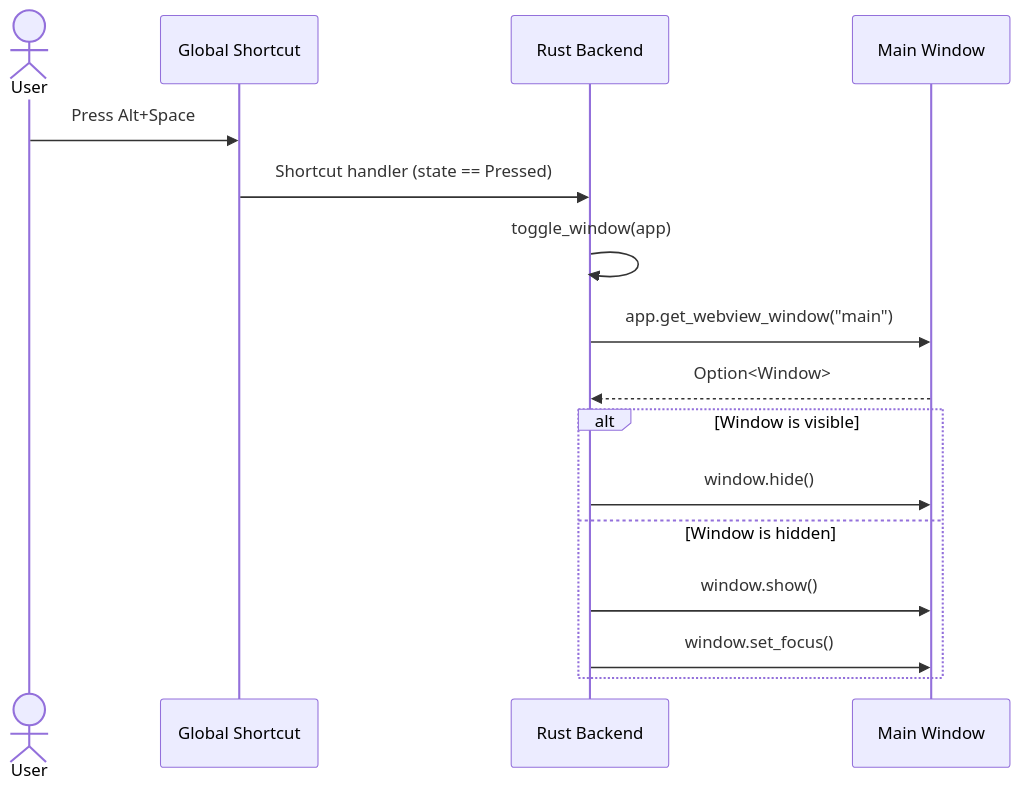
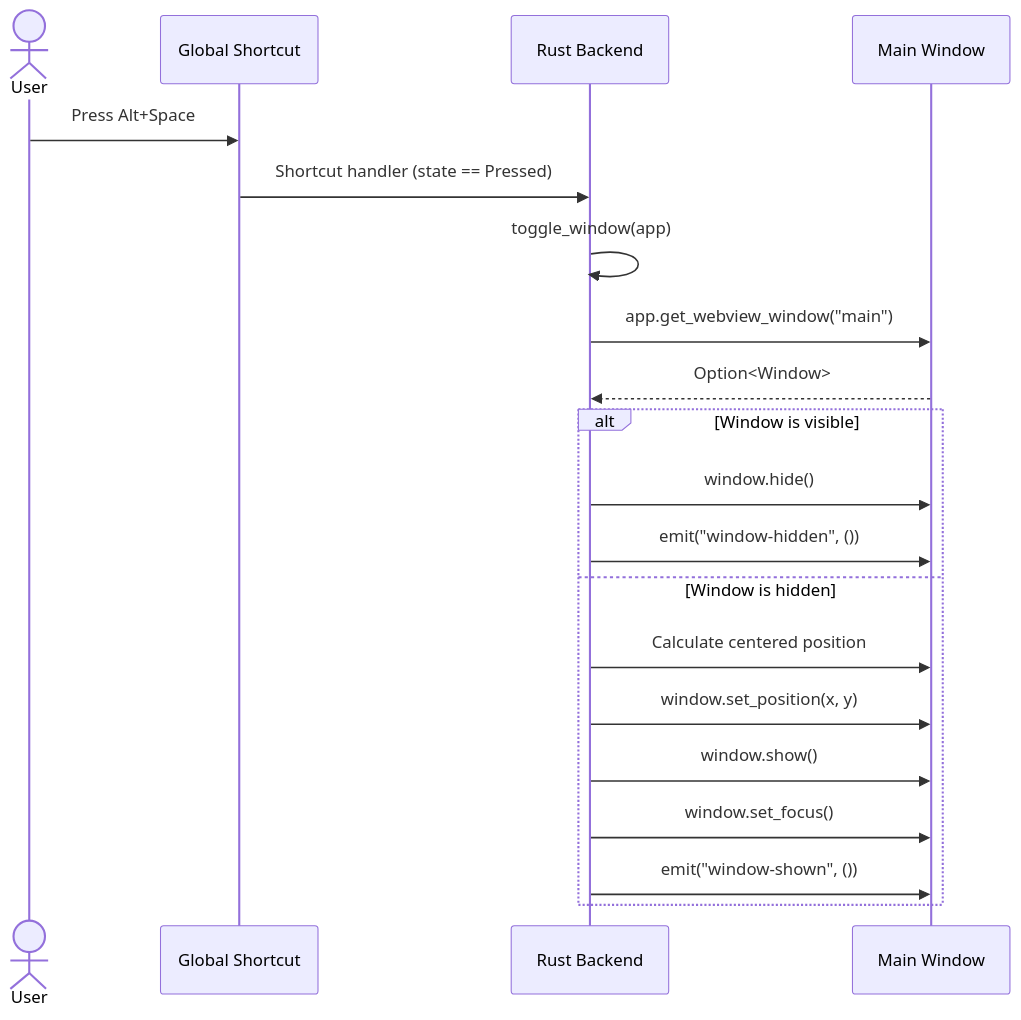
The eighth of 9 diagrams in arch/api/sequences.md (RickyDane/gquick), drawn with Mermaid before and after one commit. The commit also changed other lines of this file and 39 other files, not shown here.

````diff
--- a/arch/api/sequences.md
+++ b/arch/api/sequences.md
@@ -191,20 +333,24 @@
 ```mermaid
 sequenceDiagram
     actor User
     participant GS as Global Shortcut
     participant Rust as Rust Backend
     participant Window as Main Window
 
     User->>GS: Press Alt+Space
     GS->>Rust: Shortcut handler (state == Pressed)
     Rust->>Rust: toggle_window(app)
     Rust->>Window: app.get_webview_window("main")
     Window-->>Rust: Option<Window>
 
     alt Window is visible
         Rust->>Window: window.hide()
+        Rust->>Window: emit("window-hidden", ())
     else Window is hidden
+        Rust->>Window: Calculate centered position
+        Rust->>Window: window.set_position(x, y)
         Rust->>Window: window.show()
         Rust->>Window: window.set_focus()
+        Rust->>Window: emit("window-shown", ())
     end
 ```
````
